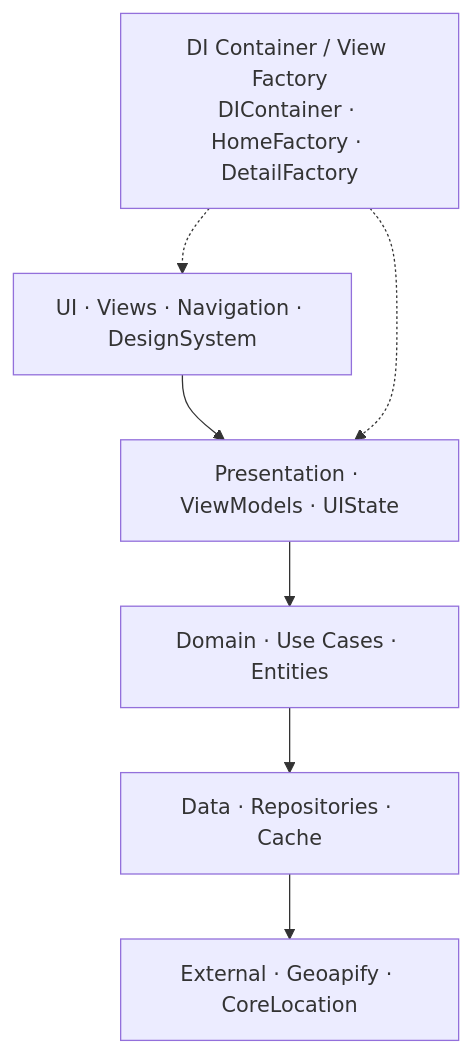
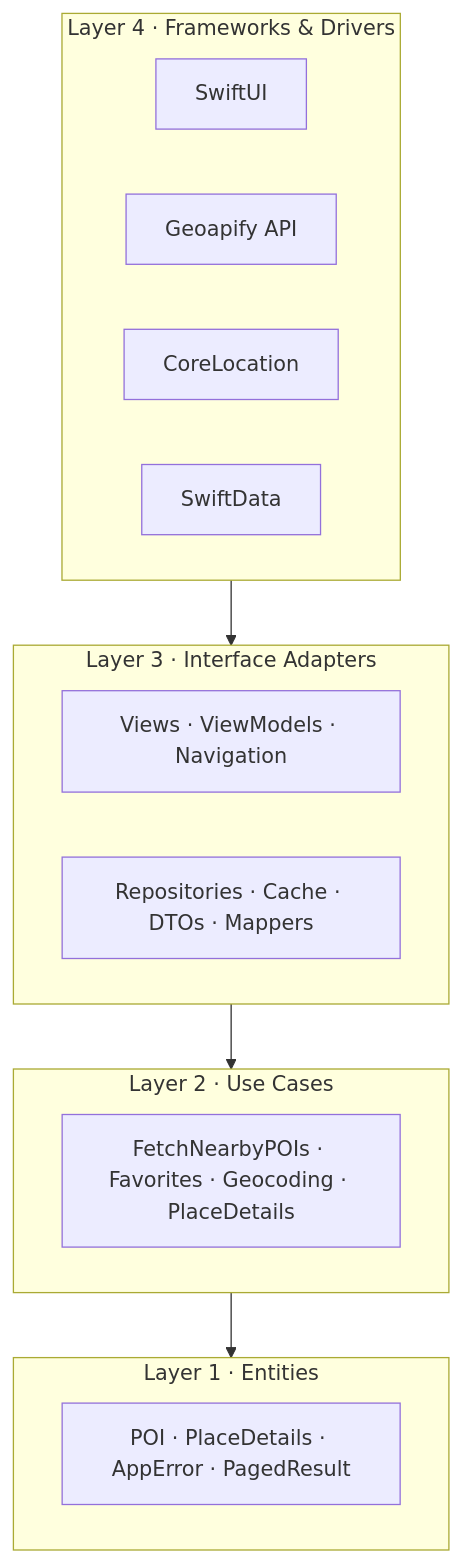
The first of 4 diagrams in Documentation/Content/en/architecture/overview.md (luizmellodev/Blueprint), drawn with Mermaid before and after one commit. The commit also changed other lines of this file and 32 other files, not shown here.

````diff
--- a/Documentation/Content/en/architecture/overview.md
+++ b/Documentation/Content/en/architecture/overview.md
@@ -10,7 +10,30 @@
 ```mermaid
 flowchart TB
-  DI["DI Container / View Factory<br/>DIContainer · HomeFactory · DetailFactory"]
-  UI["UI · Views · Navigation · DesignSystem"] --> PRES["Presentation · ViewModels · UIState"] --> DOM["Domain · Use Cases · Entities"] --> DATA["Data · Repositories · Cache"] --> EXT["External · Geoapify · CoreLocation"]
-  DI -.-> UI
-  DI -.-> PRES
+  subgraph L4["Layer 4 · Frameworks & Drivers"]
+    direction LR
+    SW[SwiftUI]
+    GA[Geoapify API]
+    CL[CoreLocation]
+    SD[SwiftData]
+  end
+
+  subgraph L3["Layer 3 · Interface Adapters"]
+    direction LR
+    UI[Views · ViewModels · Navigation]
+    AD[Repositories · Cache · DTOs · Mappers]
+  end
+
+  subgraph L2["Layer 2 · Use Cases"]
+    direction LR
+    UC[FetchNearbyPOIs · Favorites · Geocoding · PlaceDetails]
+  end
+
+  subgraph L1["Layer 1 · Entities"]
+    direction LR
+    EN[POI · PlaceDetails · AppError · PagedResult]
+  end
+
+  L4 --> L3
+  L3 --> L2
+  L2 --> L1
 ```
````
